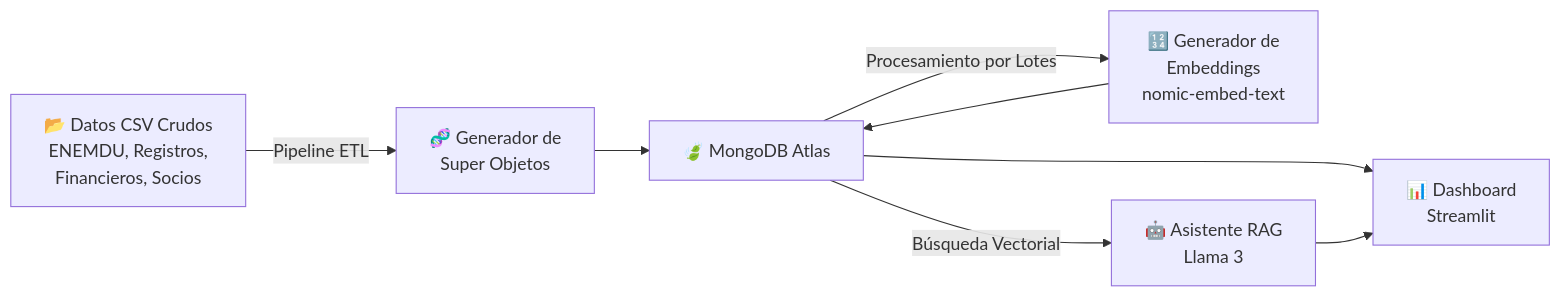
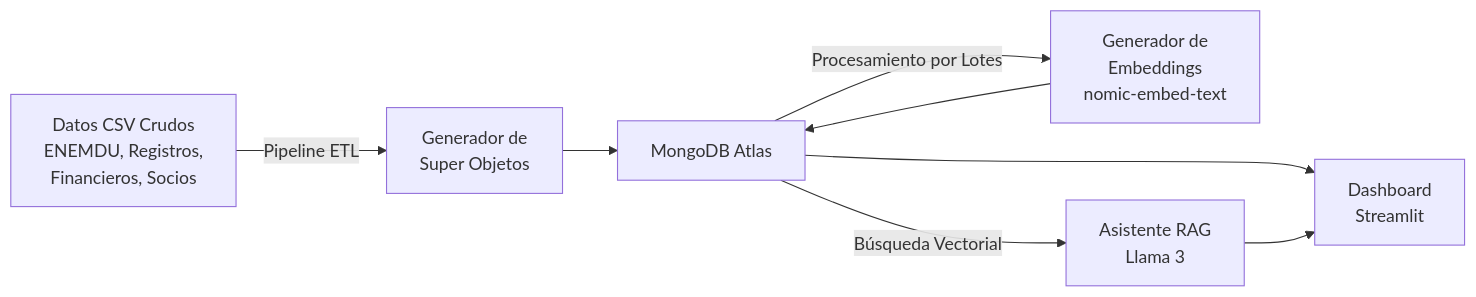
One commit to mariosaul/eps-ecuador-rag changed the diagram in README.es.md. Above: the diagram before and after it, drawn with Mermaid. The commit also changed other lines of this file, not shown here.

````diff
--- a/README.es.md
+++ b/README.es.md
@@ -28,17 +28,17 @@
 ```mermaid
 flowchart LR
-    A["📂 Datos CSV Crudos
+    A["Datos CSV Crudos
     ENEMDU, Registros,
-    Financieros, Socios"] -->|Pipeline ETL| B["🧬 Generador de
+    Financieros, Socios"] -->|Pipeline ETL| B["Generador de
     Super Objetos"]
-    B --> C["🍃 MongoDB Atlas"]
-    C -->|Procesamiento por Lotes| D["🔢 Generador de
+    B --> C["MongoDB Atlas"]
+    C -->|Procesamiento por Lotes| D["Generador de
     Embeddings
     nomic-embed-text"]
     D --> C
-    C -->|Búsqueda Vectorial| E["🤖 Asistente RAG
+    C -->|Búsqueda Vectorial| E["Asistente RAG
     Llama 3"]
-    C --> F["📊 Dashboard
+    C --> F["Dashboard
     Streamlit"]
     E --> F
 ```
````
